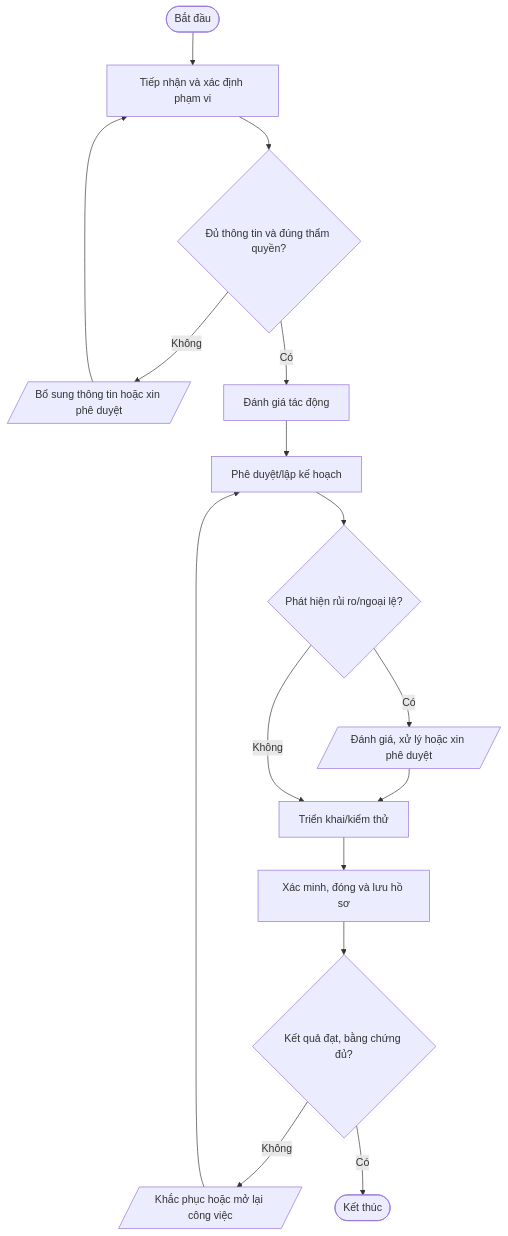
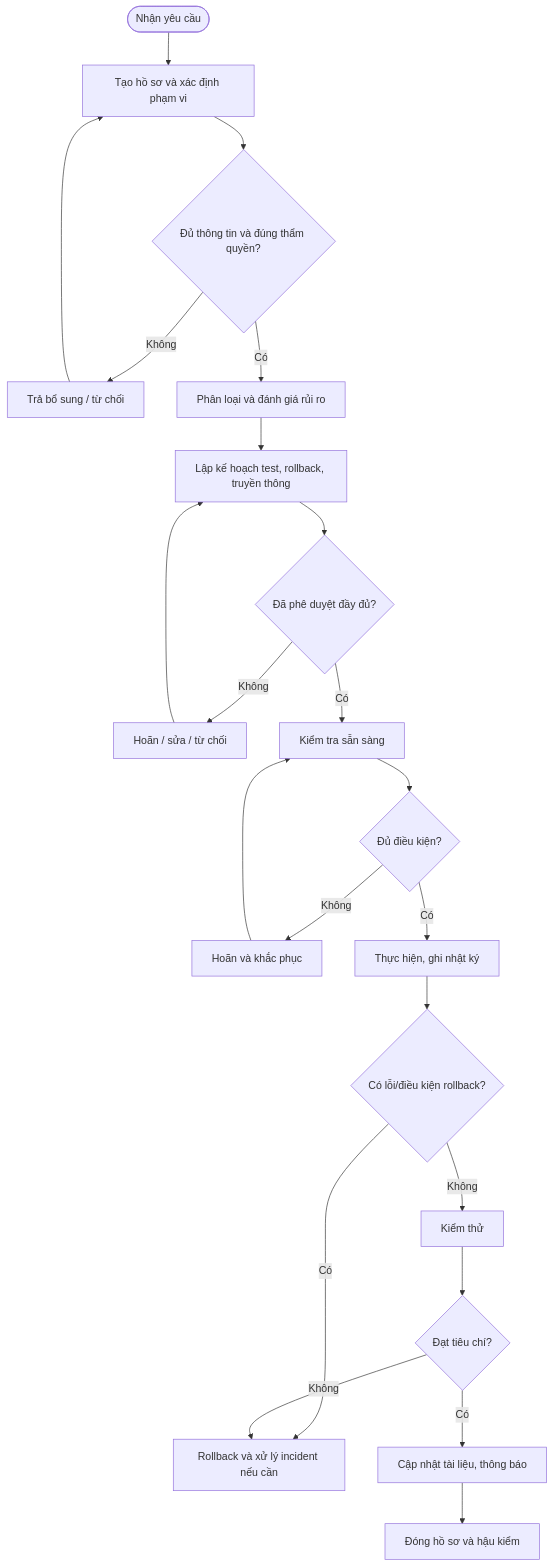
The diagram in quy-trinh/chi-tiet/QT-IT-13.md (daoaigiangnam/Quy_Trinh_Chuan), drawn with Mermaid before and after one commit. The commit also changed other lines of this file, not shown here.

Commit message:
Cập nhật nội dung chi tiết QT-IT-13.md lên main

````diff
--- a/quy-trinh/chi-tiet/QT-IT-13.md
+++ b/quy-trinh/chi-tiet/QT-IT-13.md
@@ -31,18 +209,24 @@
 ```mermaid
 flowchart TD
-  A([Bắt đầu]) --> S1["Tiếp nhận và xác định phạm vi"]
-  S1 --> D1{"Đủ thông tin và đúng thẩm quyền?"}
-  D1 -- Không --> F1[/"Bổ sung thông tin hoặc xin phê duyệt"/]
-  F1 --> S1
-  D1 -- Có --> S2["Đánh giá tác động"]
-  S2 --> S3["Phê duyệt/lập kế hoạch"]
-  S3 --> D2{"Phát hiện rủi ro/ngoại lệ?"}
-  D2 -- Có --> RISK[/"Đánh giá, xử lý hoặc xin phê duyệt"/]
-  RISK --> S4["Triển khai/kiểm thử"]
-  D2 -- Không --> S4
-  S4 --> S5["Xác minh, đóng và lưu hồ sơ"]
-  S5 --> D3{"Kết quả đạt, bằng chứng đủ?"}
-  D3 -- Không --> R[/"Khắc phục hoặc mở lại công việc"/]
-  R --> S3
-  D3 -- Có --> Z([Kết thúc])
+  A([Nhận yêu cầu]) --> B[Tạo hồ sơ và xác định phạm vi]
+  B --> C{Đủ thông tin và đúng thẩm quyền?}
+  C -- Không --> D[Trả bổ sung / từ chối]
+  D --> B
+  C -- Có --> E[Phân loại và đánh giá rủi ro]
+  E --> F[Lập kế hoạch test, rollback, truyền thông]
+  F --> G{Đã phê duyệt đầy đủ?}
+  G -- Không --> H[Hoãn / sửa / từ chối]
+  H --> F
+  G -- Có --> I[Kiểm tra sẵn sàng]
+  I --> J{Đủ điều kiện?}
+  J -- Không --> K[Hoãn và khắc phục]
+  K --> I
+  J -- Có --> L[Thực hiện, ghi nhật ký]
+  L --> M{Có lỗi/điều kiện rollback?}
+  M -- Có --> N[Rollback và xử lý incident nếu cần]
+  M -- Không --> O[Kiểm thử]
+  O --> P{Đạt tiêu chí?}
+  P -- Không --> N
+  P -- Có --> Q[Cập nhật tài liệu, thông báo]
+  Q --> R[Đóng hồ sơ và hậu kiểm]
 ```
````
